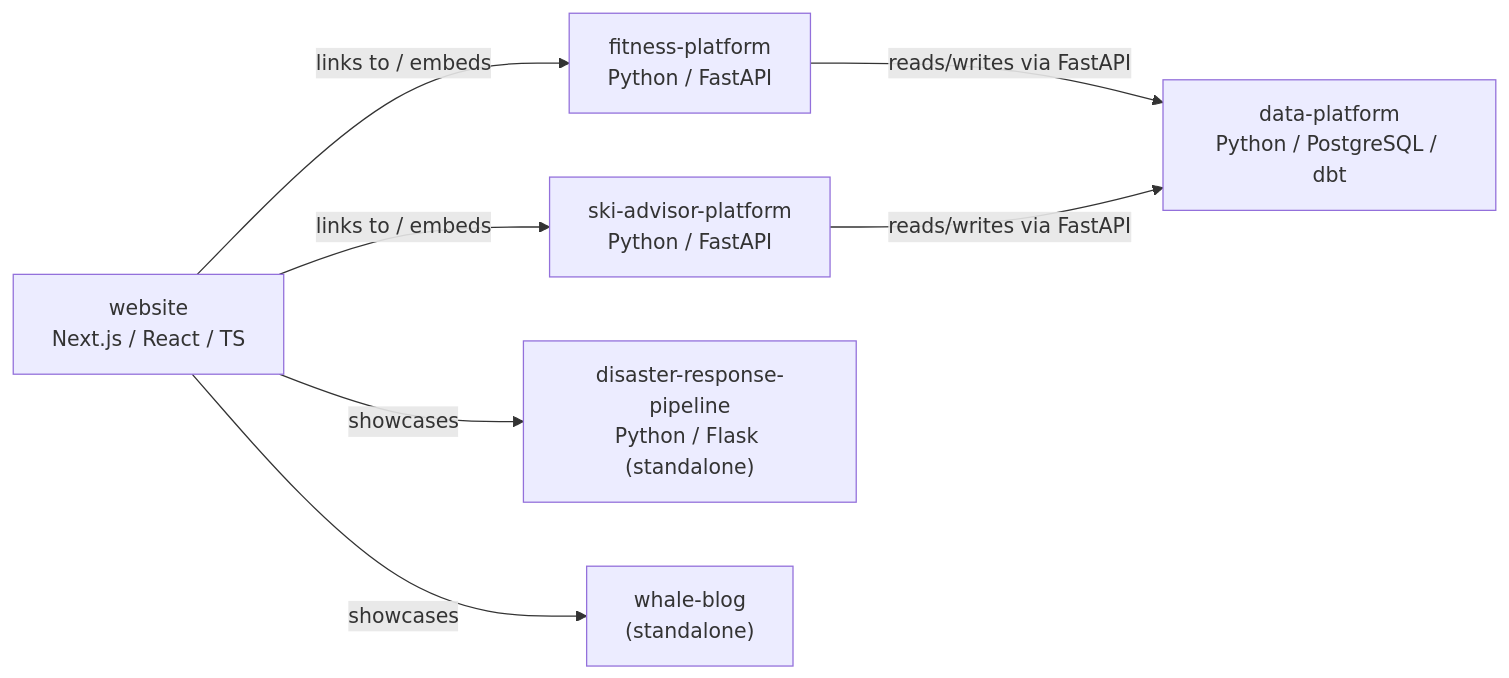
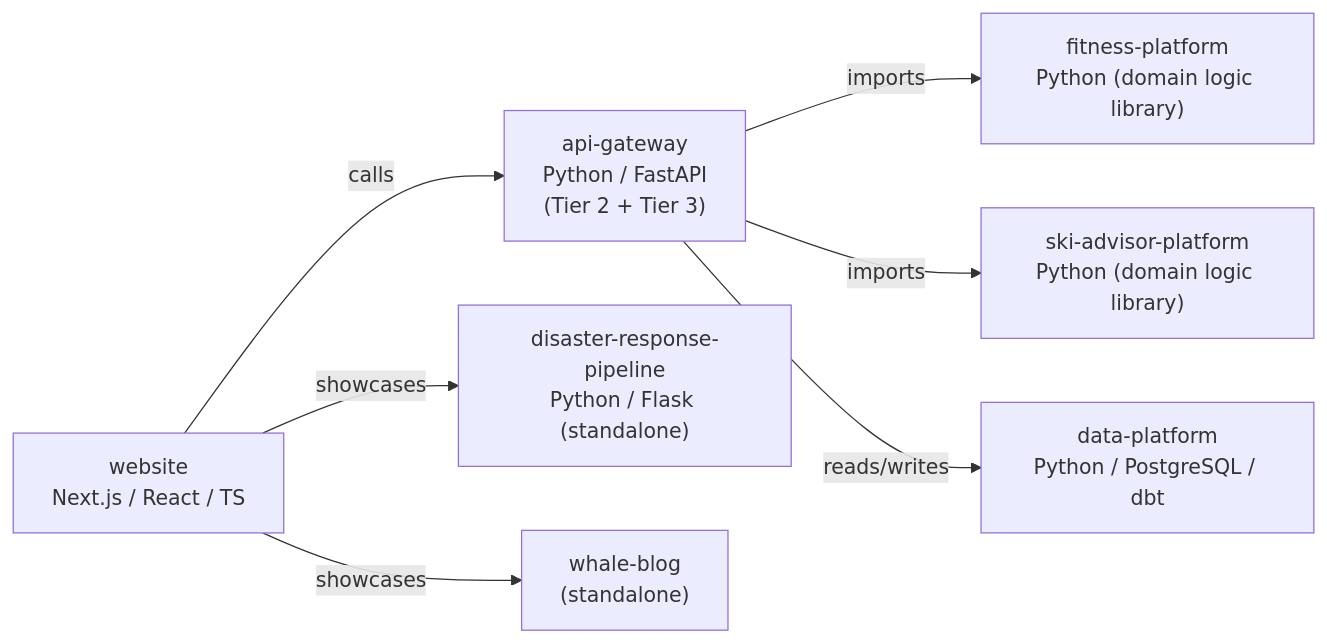
Before and after one commit to wm6000/website: the diagram in docs/diagrams/repositories.md, drawn with Mermaid. The commit also changed 4 other files, not shown here.

First line of the commit message:
docs: move to a four-tier architecture with a shared api-gateway repo (#33)

````diff
--- a/docs/diagrams/repositories.md
+++ b/docs/diagrams/repositories.md
@@ -5,17 +5,18 @@
 ```mermaid
 flowchart LR
     Website["website<br/>Next.js / React / TS"]
+    ApiGateway["api-gateway<br/>Python / FastAPI<br/>(Tier 2 + Tier 3)"]
+    Fitness["fitness-platform<br/>Python (domain logic library)"]
+    Ski["ski-advisor-platform<br/>Python (domain logic library)"]
     DataPlatform["data-platform<br/>Python / PostgreSQL / dbt"]
-    Fitness["fitness-platform<br/>Python / FastAPI"]
-    Ski["ski-advisor-platform<br/>Python / FastAPI"]
     Disaster["disaster-response-pipeline<br/>Python / Flask (standalone)"]
     Whale["whale-blog<br/>(standalone)"]
 
-    Website -- links to / embeds --> Fitness
-    Website -- links to / embeds --> Ski
+    Website -- calls --> ApiGateway
     Website -- showcases --> Disaster
     Website -- showcases --> Whale
 
-    Fitness -- reads/writes via FastAPI --> DataPlatform
-    Ski -- reads/writes via FastAPI --> DataPlatform
+    ApiGateway -- imports --> Fitness
+    ApiGateway -- imports --> Ski
+    ApiGateway -- reads/writes --> DataPlatform
 ```
````
